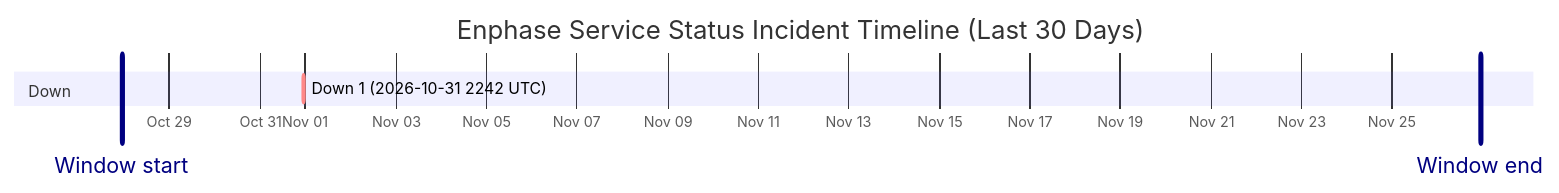
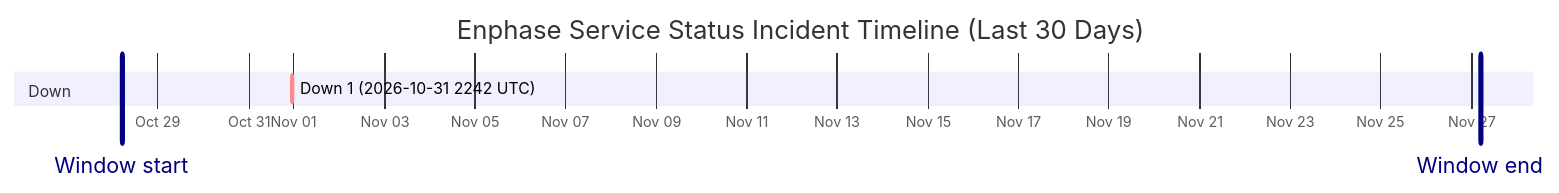
The diagram in wiki/Service-Status-History.md (barneyonline/ha-enphase-energy), drawn with Mermaid before and after one commit. The commit also changed other lines of this file and 3 other files, not shown here.

````diff
--- a/wiki/Service-Status-History.md
+++ b/wiki/Service-Status-History.md
@@ -14,10 +14,10 @@
 ```mermaid
 gantt
     title Enphase Service Status Incident Timeline (Last 30 Days)
     dateFormat  YYYY-MM-DDTHH:mm:ss
     axisFormat  %b %d
-    Window start :vert, window-start, 2026-10-27T22:48:32, 0ms
-    Window end :vert, window-end, 2026-11-26T22:48:32, 0ms
+    Window start :vert, window-start, 2026-10-28T04:46:49, 0ms
+    Window end :vert, window-end, 2026-11-27T04:46:49, 0ms
     section Down
     Down 1 (2026-10-31 2242 UTC) :crit, down-1, 2026-10-31T22:42:18, 60m
 ```
````
